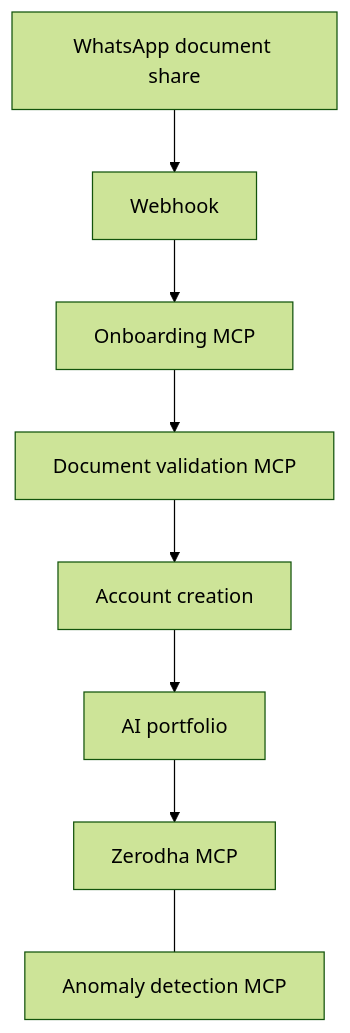
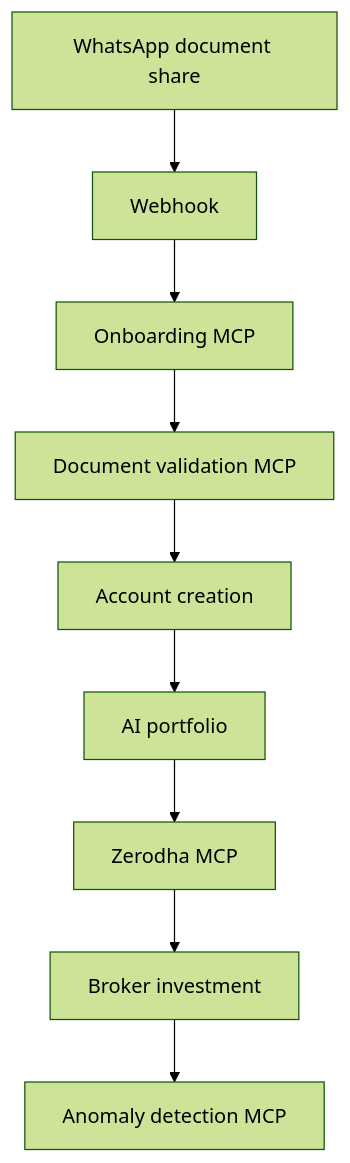
Before and after one commit to RamAlapure/ramalapure.github.io: the diagram in src/content/projects/finos-dtcc-hackathon.md, drawn with Mermaid (forest theme). The commit also changed 2 other files, not shown here.

Commit message:
Fix Mermaid rendering in diagram toggles and project charts.
Measure hidden mermaid panels at the correct width before render, and simplify Eliza4J and FINOS flowcharts so they parse reliably.

````diff
--- a/src/content/projects/finos-dtcc-hackathon.md
+++ b/src/content/projects/finos-dtcc-hackathon.md
@@ -43,10 +43,11 @@
 ```mermaid
 flowchart TD
   Intake[WhatsApp document share] --> Hook[Webhook]
   Hook --> Onboard[Onboarding MCP]
   Onboard --> Docs[Document validation MCP]
   Docs --> Acct[Account creation]
   Acct --> Port[AI portfolio]
   Port --> Broker[Zerodha MCP]
-  Broker --- Watch[Anomaly detection MCP]
+  Broker --> Trade[Broker investment]
+  Trade --> Watch[Anomaly detection MCP]
 ```
````
